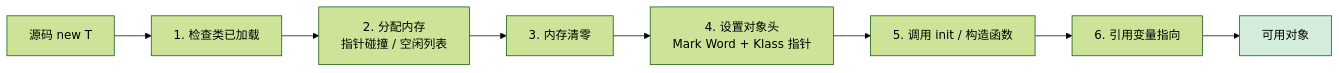
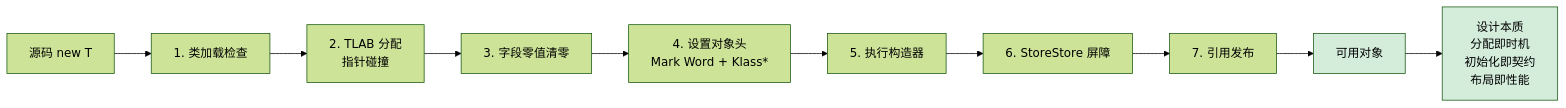
One commit to chongyang211/YCBookBlog changed the first of 29 diagrams in docs/10.专栏/02.程序编程原理/03.运行时模型/02.对象创建流程原理.md. Above: the diagram before and after it, drawn with Mermaid (forest theme). The commit also changed other lines of this file and 34 other files, not shown here.

````diff
--- a/docs/10.专栏/02.程序编程原理/03.运行时模型/02.对象创建流程原理.md
+++ b/docs/10.专栏/02.程序编程原理/03.运行时模型/02.对象创建流程原理.md
@@ -24,11 +26,14 @@
 ```mermaid
 flowchart LR
-    A[源码 new T] --> B1[1. 检查类已加载]
-    B1 --> B2[2. 分配内存<br/>指针碰撞 / 空闲列表]
-    B2 --> B3[3. 内存清零]
-    B3 --> B4[4. 设置对象头<br/>Mark Word + Klass 指针]
-    B4 --> B5[5. 调用 init / 构造函数]
-    B5 --> B6[6. 引用变量指向]
-    B6 --> C[可用对象]
+    A[源码 new T] --> B1[1. 类加载检查]
+    B1 --> B2[2. TLAB 分配<br/>指针碰撞]
+    B2 --> B3[3. 字段零值清零]
+    B3 --> B4[4. 设置对象头<br/>Mark Word + Klass*]
+    B4 --> B5[5. 执行构造器]
+    B5 --> B6[6. StoreStore 屏障]
+    B6 --> B7[7. 引用发布]
+    B7 --> C[可用对象]
+    C --> F[设计本质<br/>分配即时机<br/>初始化即契约<br/>布局即性能]
     style C fill:#d4edda
+    style F fill:#d4edda
 ```
````
